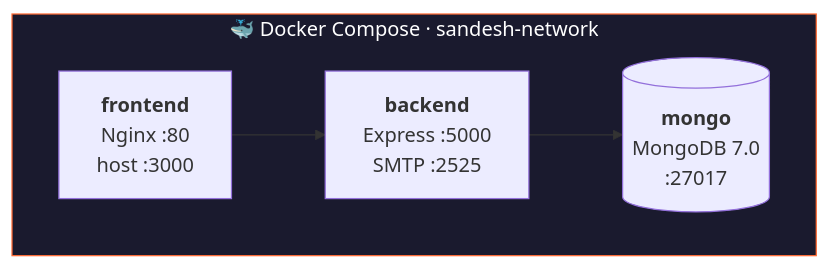
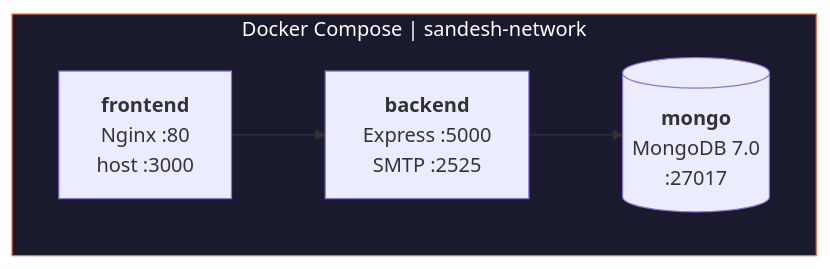
One commit to Himesh-Jadav/sandeshmailbox changed the second of 4 diagrams in README.md. Above: the diagram before and after it, drawn with Mermaid. The commit also changed other lines of this file, not shown here.

````diff
--- a/README.md
+++ b/README.md
@@ -138,11 +251,11 @@
 ```mermaid
 flowchart TB
-    subgraph Docker["🐳 Docker Compose  ·  sandesh-network"]
+    subgraph Docker["Docker Compose  |  sandesh-network"]
         direction LR
         F["<b>frontend</b><br/>Nginx :80<br/>host :3000"]
         B["<b>backend</b><br/>Express :5000<br/>SMTP :2525"]
         M[("<b>mongo</b><br/>MongoDB 7.0<br/>:27017")]
         F --> B --> M
     end
     style Docker fill:#1a1a2e,stroke:#FF6B35,color:#fff
 ```
````
